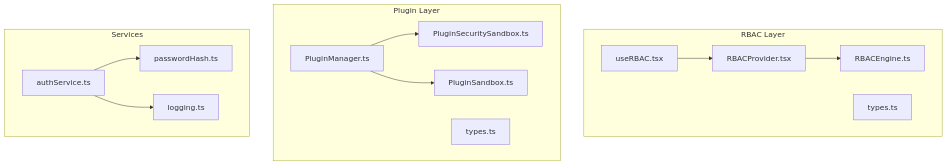
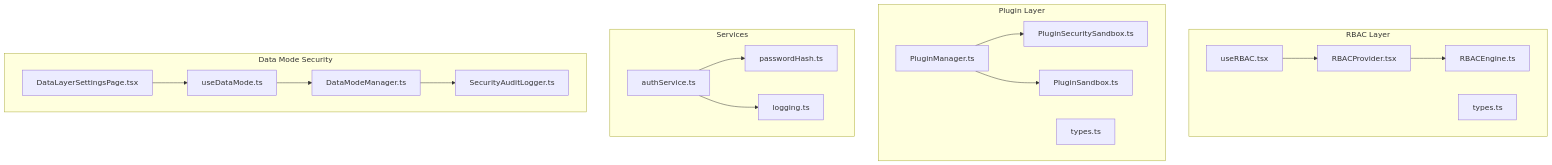
The first of 9 diagrams in .qoder/repowiki/en/content/Architecture Overview/Security Architecture.md (geniusdynamics/schoolpilot), drawn with Mermaid before and after one commit. The commit also changed other lines of this file and 54 other files, not shown here.

````diff
--- a/.qoder/repowiki/en/content/Architecture Overview/Security Architecture.md
+++ b/.qoder/repowiki/en/content/Architecture Overview/Security Architecture.md
@@ -49,26 +67,35 @@
 ```mermaid
 graph TB
 subgraph "RBAC Layer"
 RBAC_Engine["RBACEngine.ts"]
 RBAC_Provider["RBACProvider.tsx"]
 RBAC_Hook["useRBAC.tsx"]
 RBAC_Types["types.ts"]
 end
 subgraph "Plugin Layer"
 PM["PluginManager.ts"]
 PSS["PluginSecuritySandbox.ts"]
 PS["PluginSandbox.ts"]
 PT["types.ts"]
 end
 subgraph "Services"
 AS["authService.ts"]
 PH["passwordHash.ts"]
 LOG["logging.ts"]
 end
+subgraph "Data Mode Security"
+DMM["DataModeManager.ts"]
+SAL["SecurityAuditLogger.ts"]
+UDM["useDataMode.ts"]
+DLS["DataLayerSettingsPage.tsx"]
+end
 RBAC_Provider --> RBAC_Engine
 RBAC_Hook --> RBAC_Provider
 PM --> PSS
 PM --> PS
 AS --> PH
 AS --> LOG
+DMM --> SAL
+UDM --> DMM
+DLS --> UDM
 ```
````
